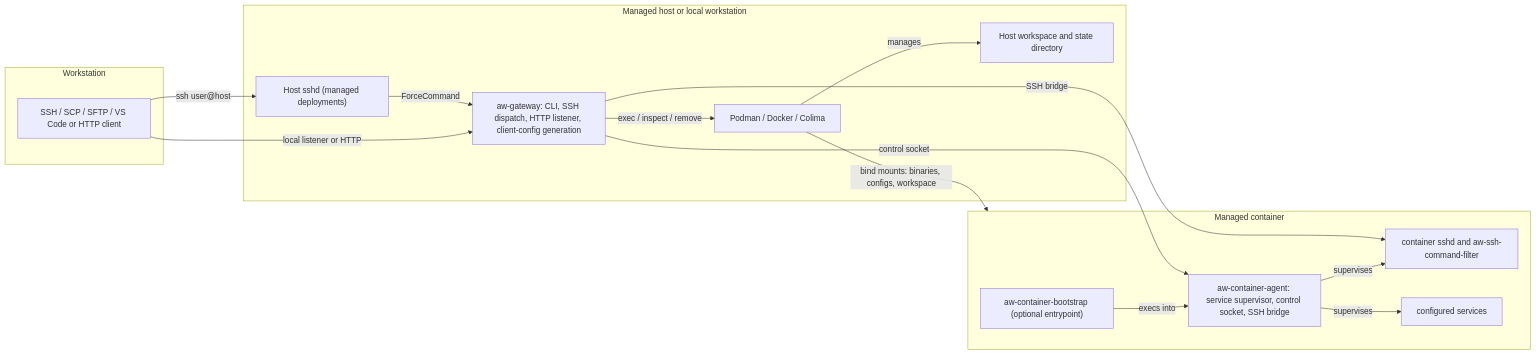
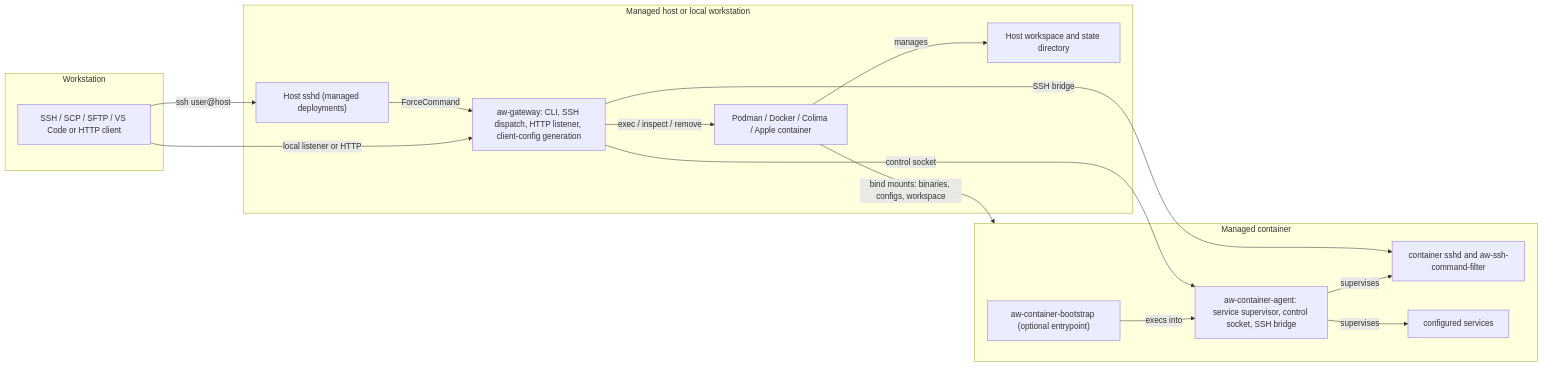
One commit to kcosr/aw-gateway changed the first of 8 diagrams in README.md. Above: the diagram before and after it, drawn with Mermaid. The commit also changed other lines of this file and 3 other files, not shown here.

Commit message:
Add Apple container preflight checks

````diff
--- a/README.md
+++ b/README.md
@@ -165,35 +165,35 @@
 ```mermaid
 flowchart LR
     subgraph workstation["Workstation"]
         client["SSH / SCP / SFTP / VS Code or HTTP client"]
     end
 
     subgraph host["Managed host or local workstation"]
         hostssh["Host sshd (managed deployments)"]
         gw["aw-gateway: CLI, SSH dispatch, HTTP listener, client-config generation"]
-        runtime["Podman / Docker / Colima"]
+        runtime["Podman / Docker / Colima / Apple container"]
         wsdir["Host workspace and state directory"]
     end
 
     subgraph container["Managed container"]
         boot["aw-container-bootstrap (optional entrypoint)"]
         agent["aw-container-agent: service supervisor, control socket, SSH bridge"]
         sshd["container sshd and aw-ssh-command-filter"]
         svc["configured services"]
     end
 
     client -- "ssh user@host" --> hostssh
     hostssh -- "ForceCommand" --> gw
     client -- "local listener or HTTP" --> gw
 
     gw -- "exec / inspect / remove" --> runtime
     runtime -- "bind mounts: binaries, configs, workspace" --> container
     runtime -- "manages" --> wsdir
 
     gw -- "control socket" --> agent
     gw -- "SSH bridge" --> sshd
 
     boot -- "execs into" --> agent
     agent -- "supervises" --> sshd
     agent -- "supervises" --> svc
 ```
````
